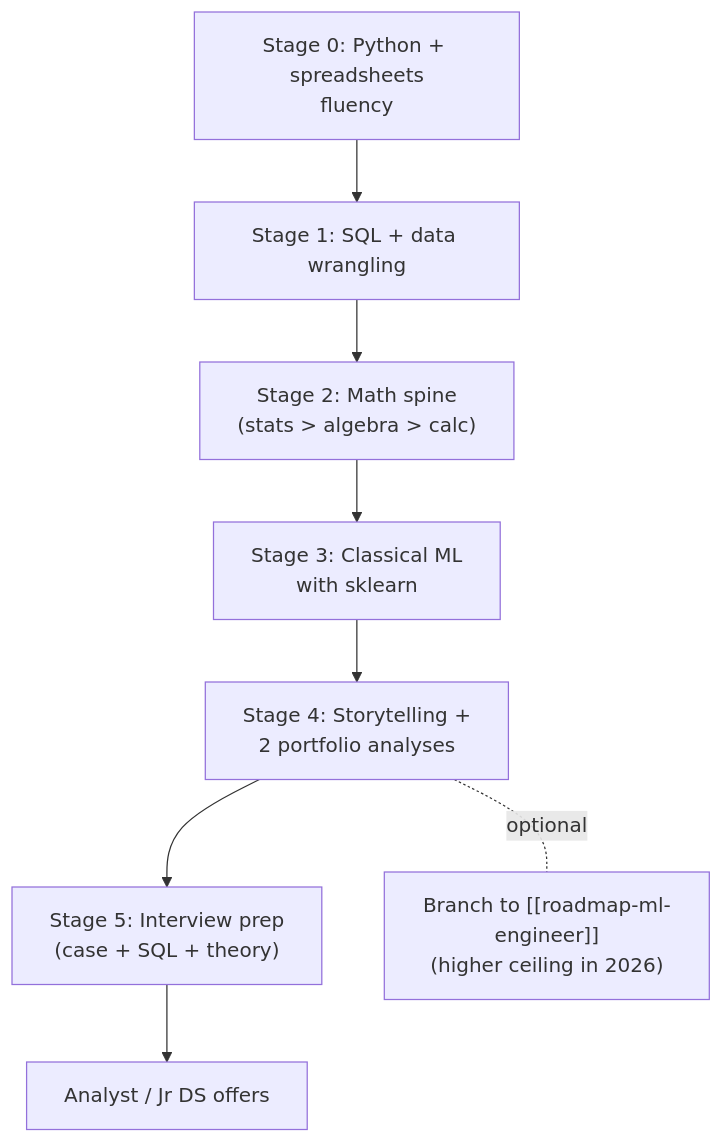
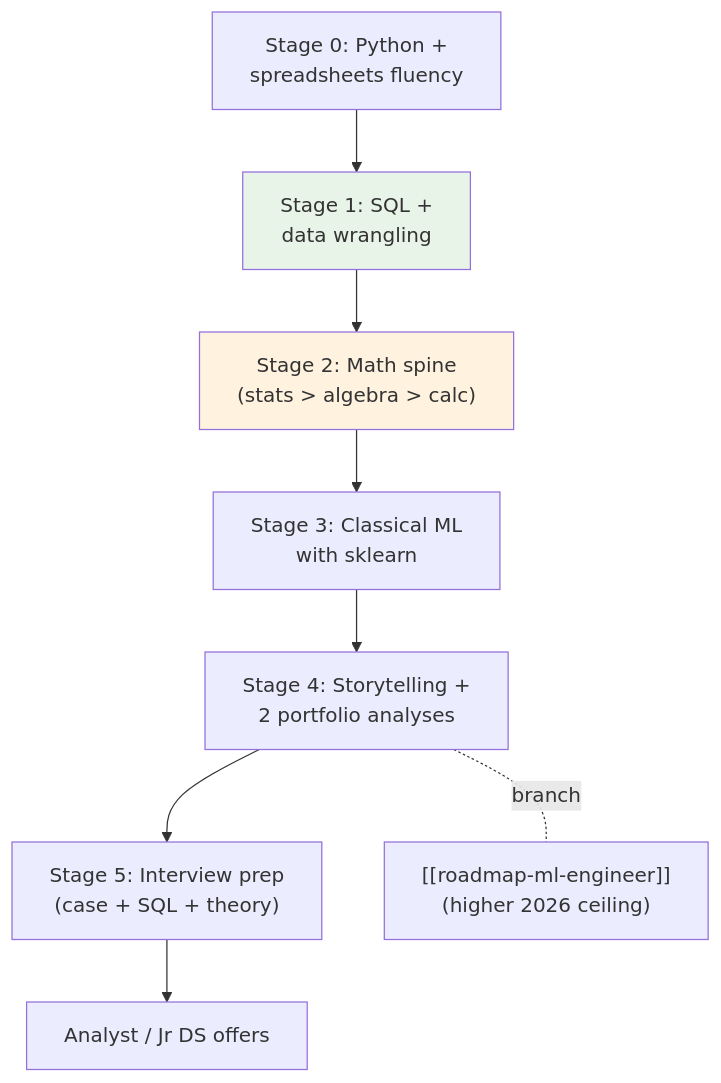
Before and after one commit to Anirudh-2810/Second-Brain: the first of 3 diagrams in wiki/modules/data-science/roadmap-data-scientist.md, drawn with Mermaid. The commit also changed other lines of this file and 6 other files, not shown here.

````diff
--- a/wiki/modules/data-science/roadmap-data-scientist.md
+++ b/wiki/modules/data-science/roadmap-data-scientist.md
@@ -18,10 +18,13 @@
 ```mermaid
 flowchart TD
-    A["Stage 0: Python + spreadsheets<br/>fluency"] --> B["Stage 1: SQL + data wrangling"]
+    A["Stage 0: Python +<br/>spreadsheets fluency"] --> B["Stage 1: SQL +<br/>data wrangling"]
     B --> C["Stage 2: Math spine<br/>(stats > algebra > calc)"]
     C --> D["Stage 3: Classical ML<br/>with sklearn"]
     D --> E["Stage 4: Storytelling +<br/>2 portfolio analyses"]
     E --> F["Stage 5: Interview prep<br/>(case + SQL + theory)"]
     F --> J["Analyst / Jr DS offers"]
-    E -.optional.- G["Branch to [[roadmap-ml-engineer]]<br/>(higher ceiling in 2026)"]
+    E -.branch.- G["[[roadmap-ml-engineer]]<br/>(higher 2026 ceiling)"]
+
+    style B fill:#e8f4e8
+    style C fill:#fff3e0
 ```
````
